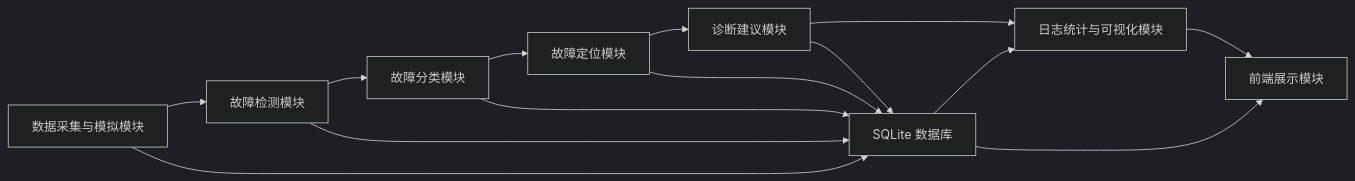
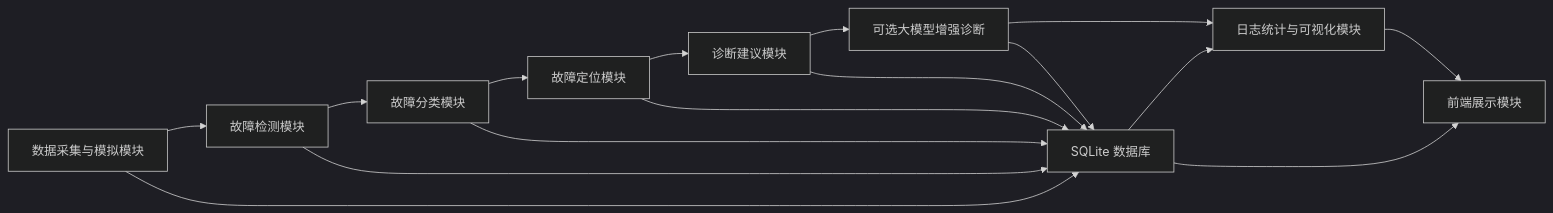
Before and after one commit to DemoJustLuGuo/lecture_design_02: the diagram in docs/system_function_structure.md, drawn with Mermaid (dark theme). The commit also changed other lines of this file and 8 other files, not shown here.

````diff
--- a/docs/system_function_structure.md
+++ b/docs/system_function_structure.md
@@ -32,17 +34,19 @@
 ```mermaid
 flowchart LR
   A["数据采集与模拟模块"] --> B["故障检测模块"]
   B --> C["故障分类模块"]
   C --> D["故障定位模块"]
   D --> E["诊断建议模块"]
-  E --> F["日志统计与可视化模块"]
+  E --> E2["可选大模型增强诊断"]
+  E2 --> F["日志统计与可视化模块"]
   F --> G["前端展示模块"]
 
   A --> H["SQLite 数据库"]
   B --> H
   C --> H
   D --> H
   E --> H
+  E2 --> H
   H --> F
   H --> G
 ```
````
